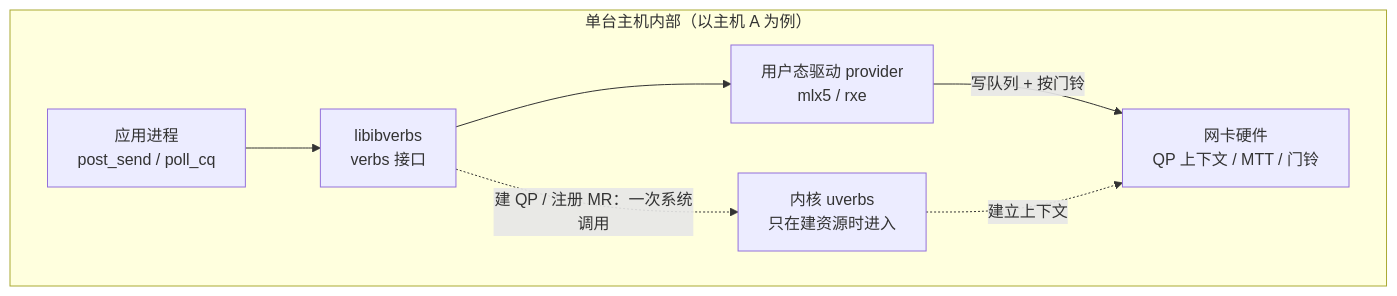
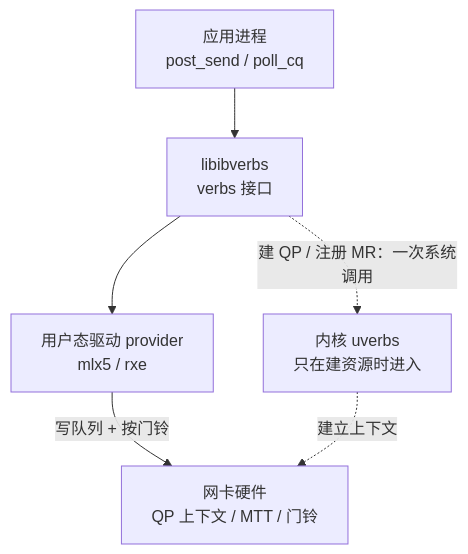
The third of 4 diagrams in _posts/2026-10-26-rdma-datapath.md (lnsyyj/lnsyyj.github.io), drawn with Mermaid before and after one commit. The commit also changed other lines of this file, not shown here.

Commit message:
fix(rdma): 拓扑图内部改为纵向链，收窄宽度；组件图回退分组

````diff
--- a/_posts/2026-10-26-rdma-datapath.md
+++ b/_posts/2026-10-26-rdma-datapath.md
@@ -144,15 +150,14 @@
 ```mermaid
 flowchart TB
-    subgraph ONE["单台主机内部（以主机 A 为例）"]
-        APP["应用进程<br/>post_send / poll_cq"]
-        LIB["libibverbs<br/>verbs 接口"]
-        PROV["用户态驱动 provider<br/>mlx5 / rxe"]
-        SYS["内核 uverbs<br/>只在建资源时进入"]
-        NIC["网卡硬件<br/>QP 上下文 / MTT / 门铃"]
-        APP --> LIB
-        LIB --> PROV
-        PROV -->|"写队列 + 按门铃"| NIC
-        LIB -.->|"建 QP / 注册 MR：一次系统调用"| SYS
-        SYS -.->|"建立上下文"| NIC
-    end
+    APP["应用进程<br/>post_send / poll_cq"]
+    LIB["libibverbs<br/>verbs 接口"]
+    PROV["用户态驱动 provider<br/>mlx5 / rxe"]
+    SYS["内核 uverbs<br/>只在建资源时进入"]
+    NIC["网卡硬件<br/>QP 上下文 / MTT / 门铃"]
+
+    APP --> LIB
+    LIB --> PROV
+    PROV -->|"写队列 + 按门铃"| NIC
+    LIB -.->|"建 QP / 注册 MR：一次系统调用"| SYS
+    SYS -.->|"建立上下文"| NIC
 ```
````
